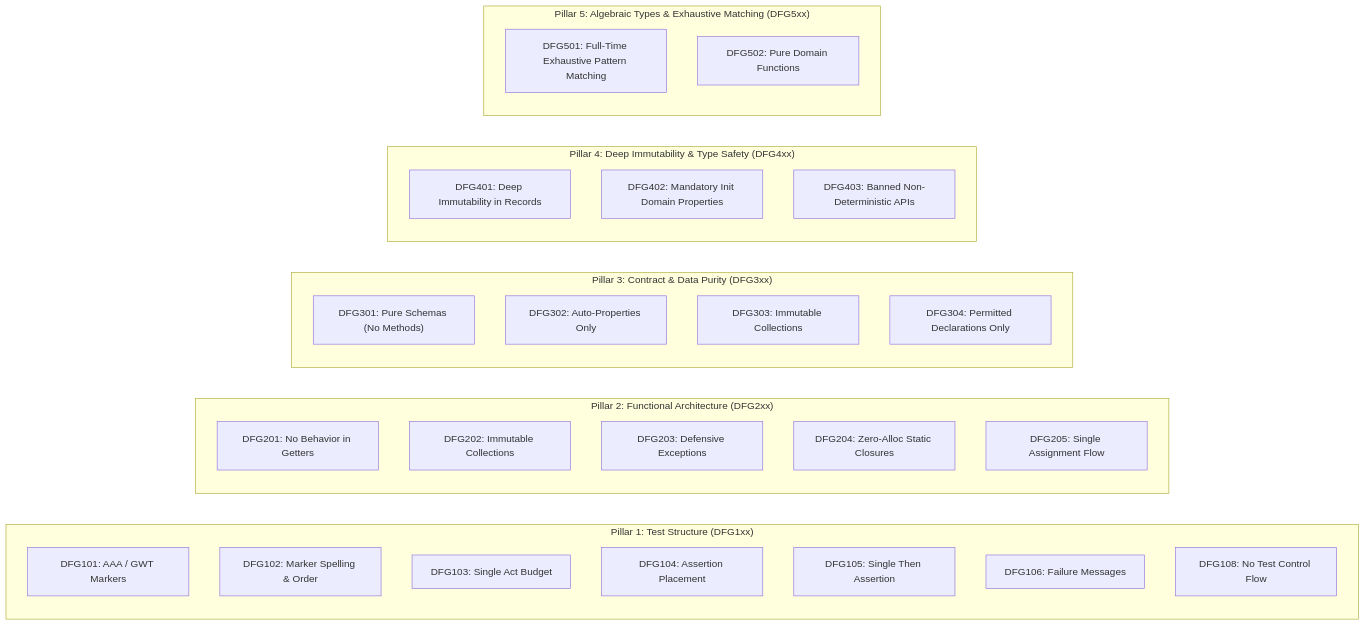
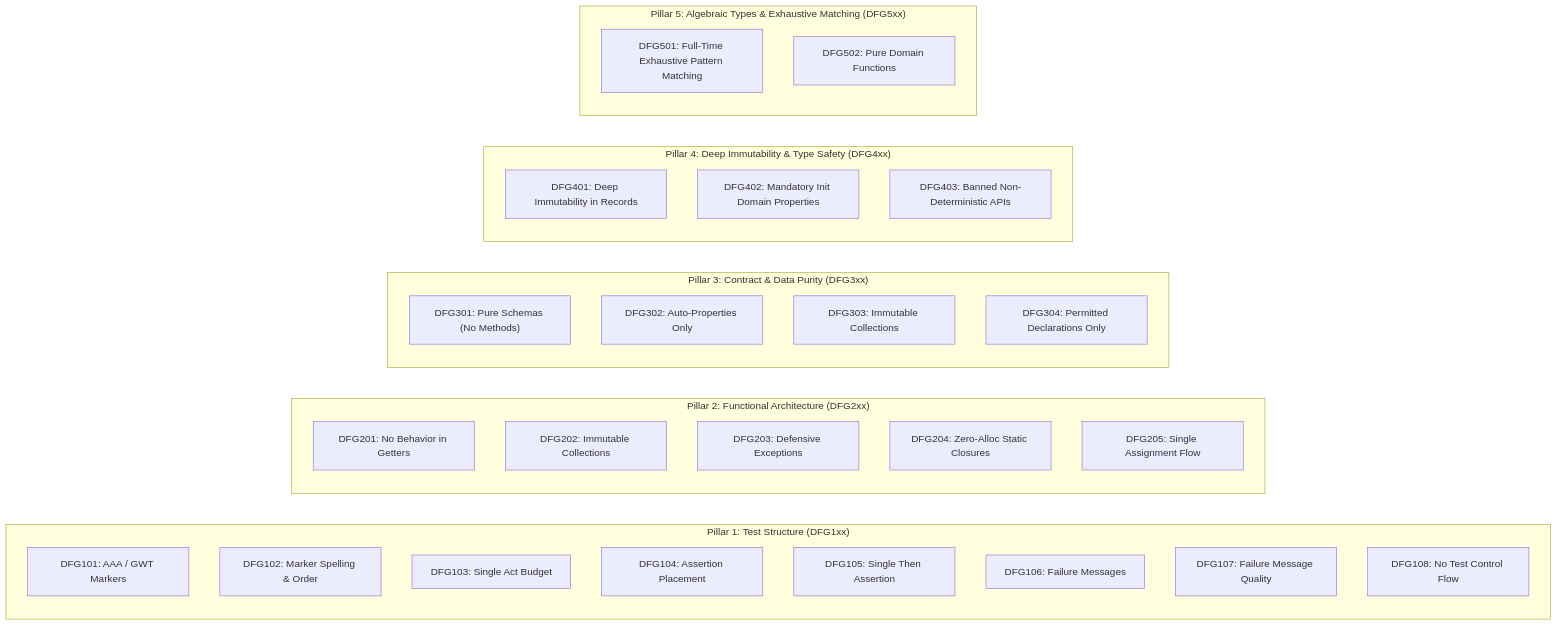
One commit to rtkelly-labs/Diffra.Guardrails changed the second of 2 diagrams in VISION.md. Above: the diagram before and after it, drawn with Mermaid. The commit also changed other lines of this file and 3 other files, not shown here.

````diff
--- a/VISION.md
+++ b/VISION.md
@@ -107,38 +109,39 @@
 ```mermaid
 flowchart LR
     subgraph Pillar1["Pillar 1: Test Structure (DFG1xx)"]
         D101["DFG101: AAA / GWT Markers"]
         D102["DFG102: Marker Spelling & Order"]
         D103["DFG103: Single Act Budget"]
         D104["DFG104: Assertion Placement"]
         D105["DFG105: Single Then Assertion"]
         D106["DFG106: Failure Messages"]
+        D107["DFG107: Failure Message Quality"]
         D108["DFG108: No Test Control Flow"]
     end
 
     subgraph Pillar2["Pillar 2: Functional Architecture (DFG2xx)"]
         D201["DFG201: No Behavior in Getters"]
         D202["DFG202: Immutable Collections"]
         D203["DFG203: Defensive Exceptions"]
         D204["DFG204: Zero-Alloc Static Closures"]
         D205["DFG205: Single Assignment Flow"]
     end
 
     subgraph Pillar3["Pillar 3: Contract & Data Purity (DFG3xx)"]
         D301["DFG301: Pure Schemas (No Methods)"]
         D302["DFG302: Auto-Properties Only"]
         D303["DFG303: Immutable Collections"]
         D304["DFG304: Permitted Declarations Only"]
     end
 
     subgraph Pillar4["Pillar 4: Deep Immutability & Type Safety (DFG4xx)"]
         D401["DFG401: Deep Immutability in Records"]
         D402["DFG402: Mandatory Init Domain Properties"]
         D403["DFG403: Banned Non-Deterministic APIs"]
     end
 
     subgraph Pillar5["Pillar 5: Algebraic Types & Exhaustive Matching (DFG5xx)"]
         D501["DFG501: Full-Time Exhaustive Pattern Matching"]
         D502["DFG502: Pure Domain Functions"]
     end
 ```
````
